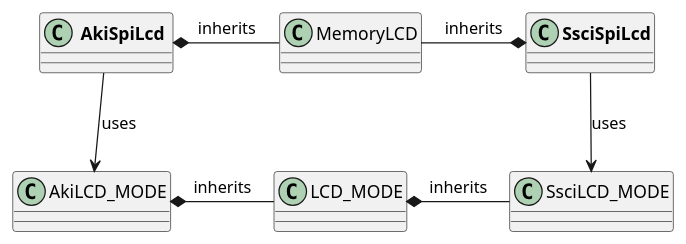
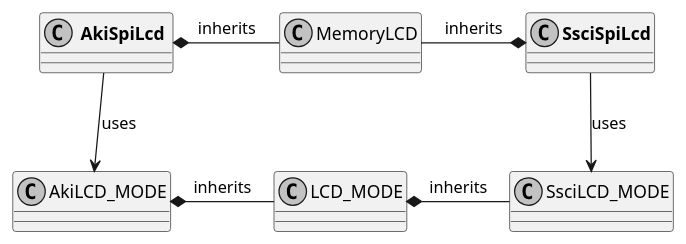
One commit to K4zuki/AkiSpiLcd changed the diagram in markdown/3.0_portingSSCI.md. Above: the diagram before and after it, drawn with PlantUML.

Commit message:
update plantuml font setting

````diff
--- a/markdown/3.0_portingSSCI.md
+++ b/markdown/3.0_portingSSCI.md
@@ -206,12 +206,15 @@
 ```{.plantuml caption="クラス相関図"}
 @startuml
+skinparam monochrome true
+skinparam defaultFontName Ricty Diminished
+
 " **AkiSpiLcd** " *- MemoryLCD : inherits
 MemoryLCD -* "**SsciSpiLcd**": inherits
 
 " **AkiSpiLcd** " --> AkiLCD_MODE : uses
 "**SsciSpiLcd**" --> SsciLCD_MODE: uses
 
 AkiLCD_MODE *- LCD_MODE: inherits
 LCD_MODE *- SsciLCD_MODE : inherits
 @enduml
 ```
````
